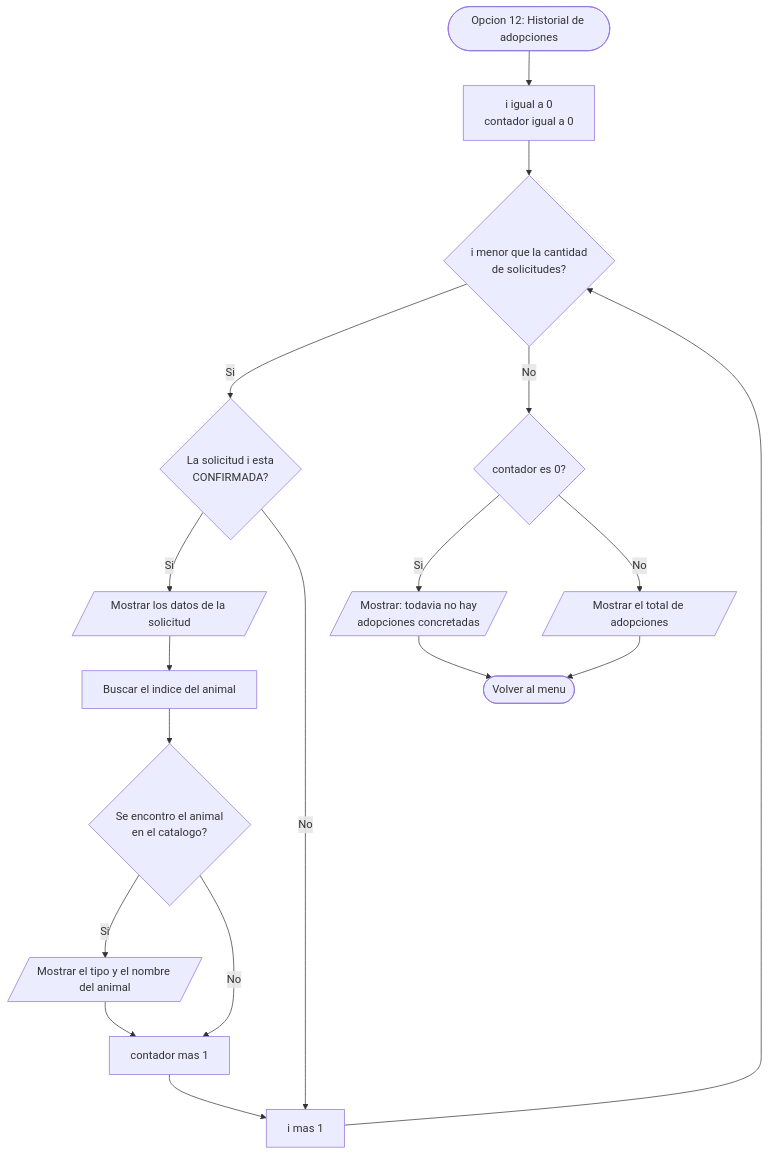
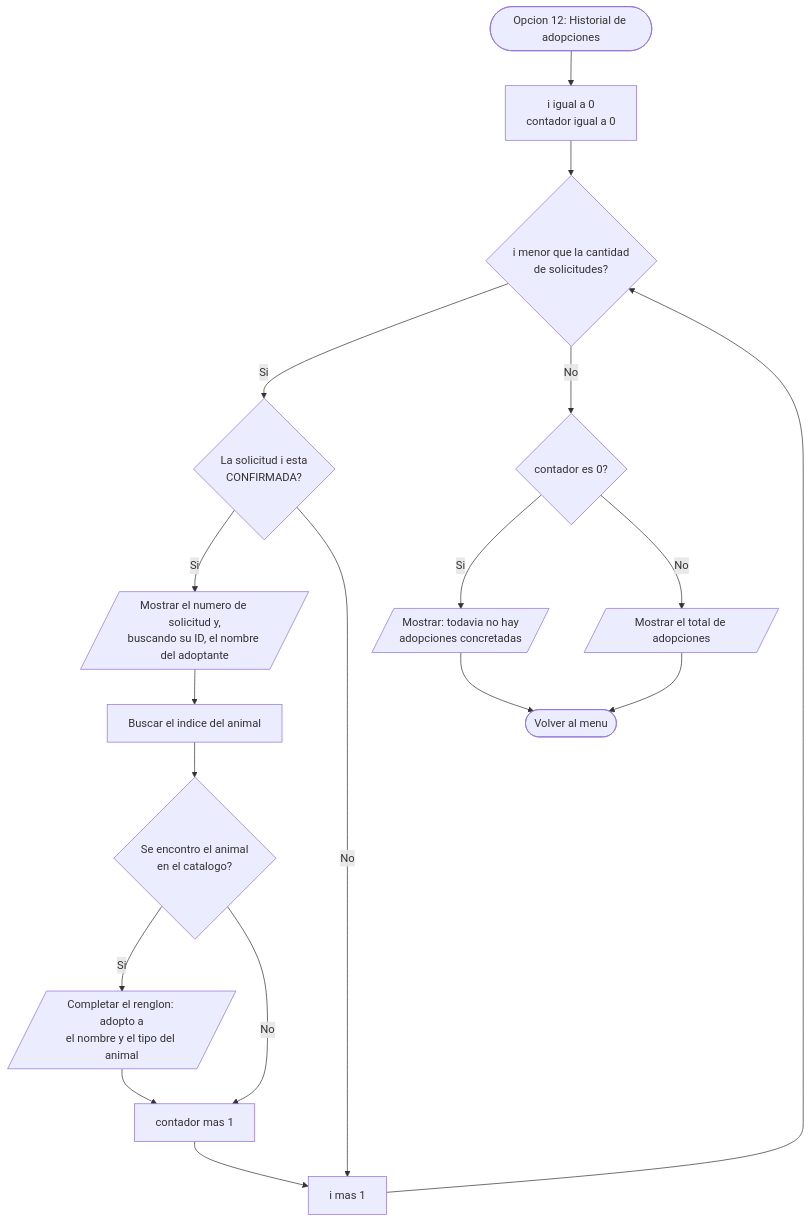
Diagram 15 of 18 in DIAGRAMAS.md (tobiastardivo/REFUGIO), drawn with Mermaid before and after one commit. The commit also changed other lines of this file and 7 other files, not shown here.

````diff
--- a/DIAGRAMAS.md
+++ b/DIAGRAMAS.md
@@ -493,29 +509,29 @@
 ```mermaid
 flowchart TD
     INI(["Opcion 12: Historial de adopciones"])
     I["i igual a 0<br/>contador igual a 0"]
     COND{"i menor que la cantidad<br/>de solicitudes?"}
     CONF{"La solicitud i esta<br/>CONFIRMADA?"}
-    SHOW[/"Mostrar los datos de la solicitud"/]
+    SHOW[/"Mostrar el numero de solicitud y,<br/>buscando su ID, el nombre del adoptante"/]
     BUSCA["Buscar el indice del animal"]
     EXISTE{"Se encontro el animal<br/>en el catalogo?"}
-    NOM[/"Mostrar el tipo y el nombre del animal"/]
+    NOM[/"Completar el renglon: adopto a<br/>el nombre y el tipo del animal"/]
     MAS["contador mas 1"]
     INC["i mas 1"]
     VACIO{"contador es 0?"}
     MSG[/"Mostrar: todavia no hay<br/>adopciones concretadas"/]
     TOT[/"Mostrar el total de adopciones"/]
     FIN(["Volver al menu"])
 
     INI --> I --> COND
     COND -->|"Si"| CONF
     CONF -->|"Si"| SHOW --> BUSCA --> EXISTE
     EXISTE -->|"Si"| NOM --> MAS
     EXISTE -->|"No"| MAS
     MAS --> INC
     CONF -->|"No"| INC
     INC --> COND
     COND -->|"No"| VACIO
     VACIO -->|"Si"| MSG --> FIN
     VACIO -->|"No"| TOT --> FIN
 ```
````
